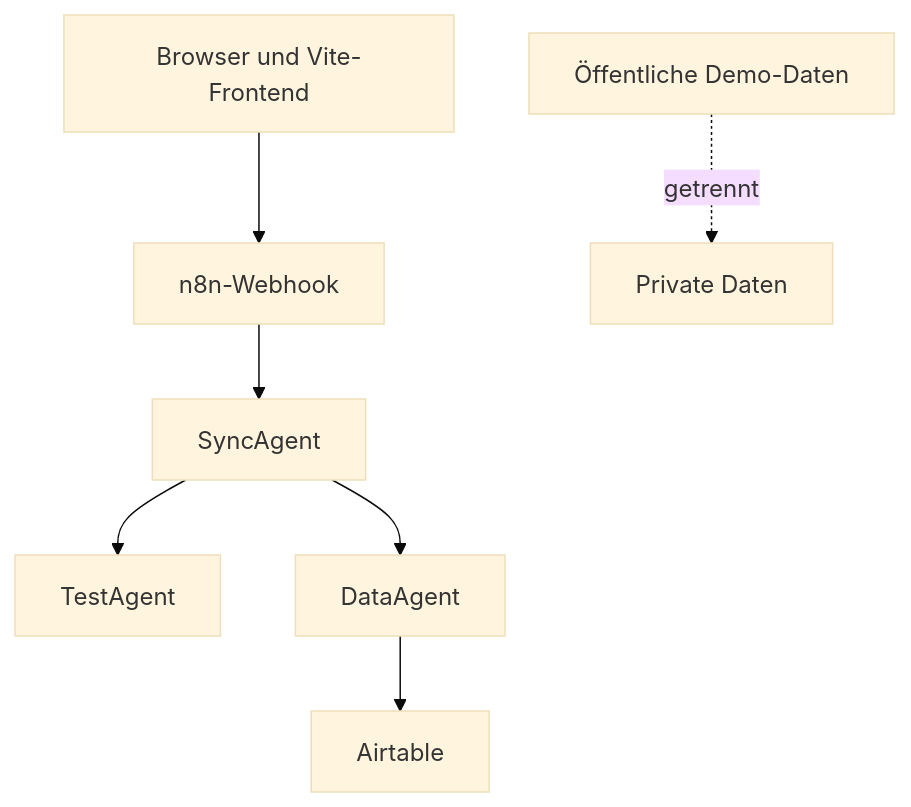
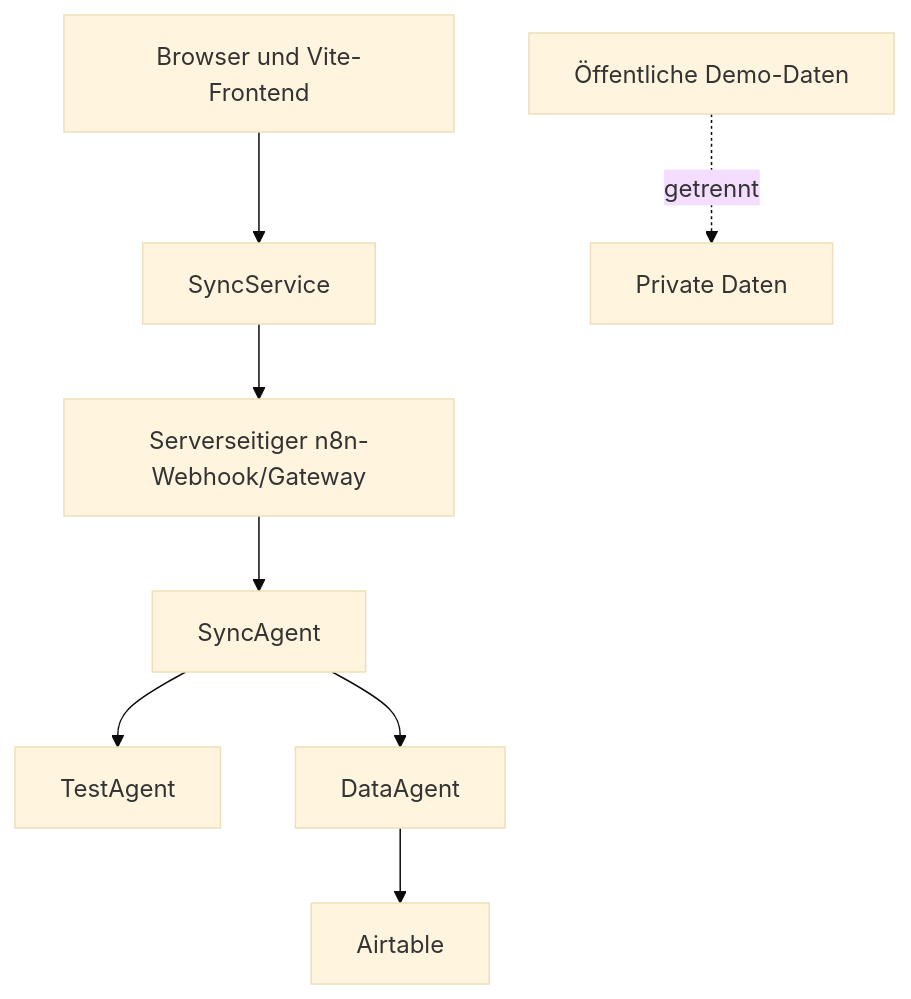
One commit to Varudan/goldendawn-os changed the diagram in docs/security.md. Above: the diagram before and after it, drawn with Mermaid (base theme). The commit also changed other lines of this file and 10 other files, not shown here.

````diff
--- a/docs/security.md
+++ b/docs/security.md
@@ -61,10 +61,11 @@
 ```mermaid
 flowchart TD
-    Browser["Browser und Vite-Frontend"] --> Webhook["n8n-Webhook"]
+    Browser["Browser und Vite-Frontend"] --> Service["SyncService"]
+    Service --> Webhook["Serverseitiger n8n-Webhook/Gateway"]
     Webhook --> Sync["SyncAgent"]
     Sync --> Test["TestAgent"]
     Sync --> Data["DataAgent"]
     Data --> Airtable["Airtable"]
 
     Public["Öffentliche Demo-Daten"] -. getrennt .-> Private["Private Daten"]
 ```
````
